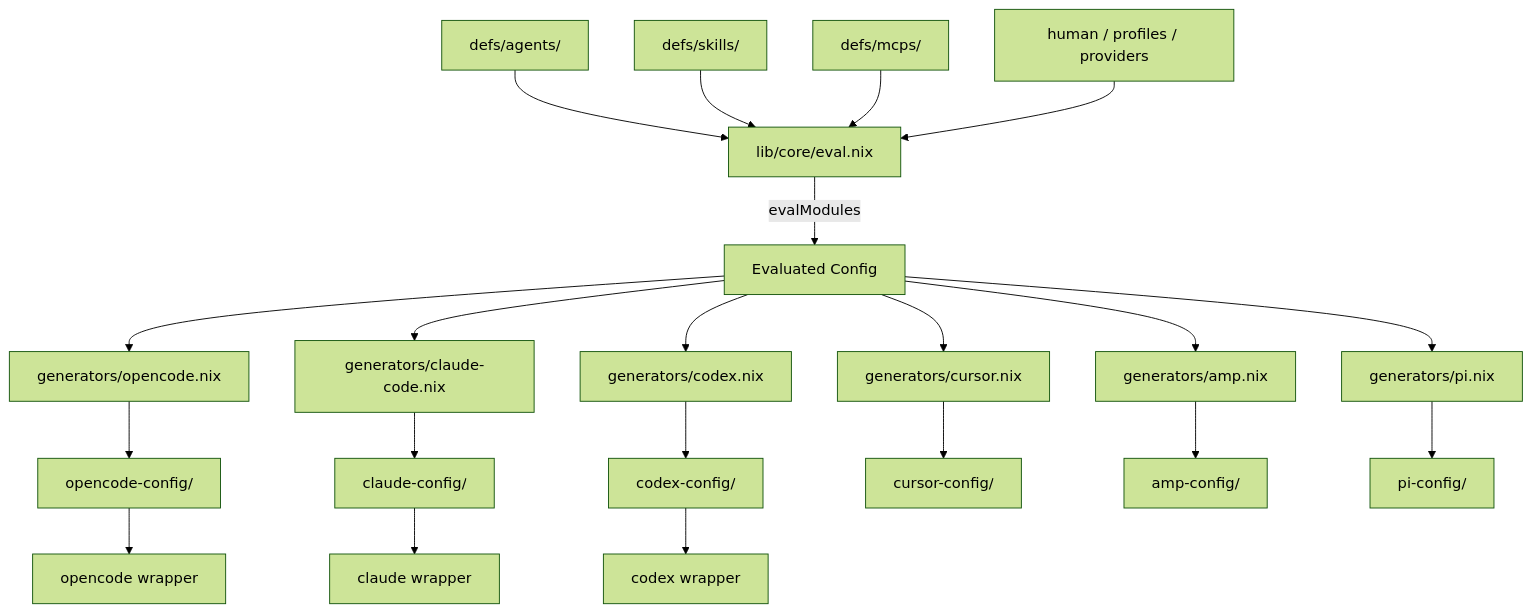
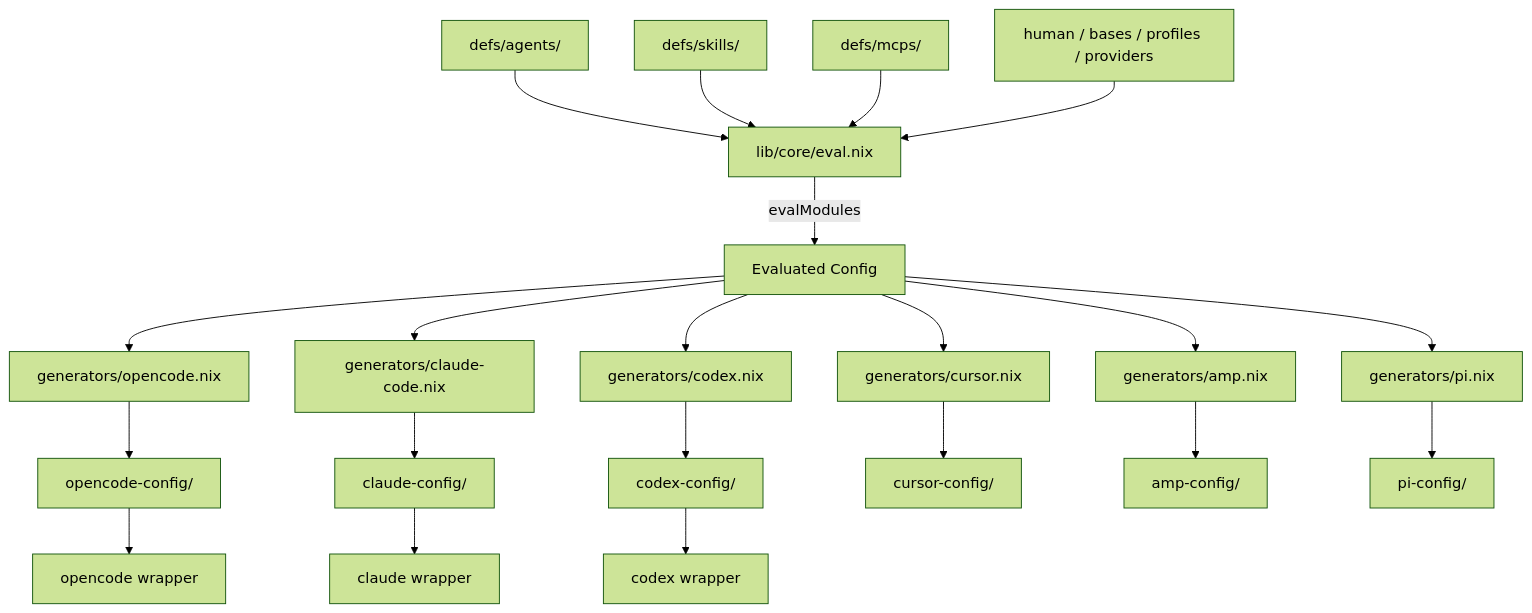
Before and after one commit to kirksw/nix-agents: the first of 2 diagrams in ARCHITECTURE.md, drawn with Mermaid (forest theme). The commit also changed other lines of this file and 55 other files, not shown here.

````diff
--- a/ARCHITECTURE.md
+++ b/ARCHITECTURE.md
@@ -7,23 +11,23 @@
 ```mermaid
 graph TD
     A[defs/agents/] --> E[lib/core/eval.nix]
     S[defs/skills/] --> E
     M[defs/mcps/] --> E
-    H[human / profiles / providers] --> E
+    H[human / bases / profiles / providers] --> E
     E --> |evalModules| C[Evaluated Config]
     C --> G1[generators/opencode.nix]
     C --> G2[generators/claude-code.nix]
     C --> G3[generators/codex.nix]
     C --> G4[generators/cursor.nix]
     C --> G5[generators/amp.nix]
     C --> G6[generators/pi.nix]
     G1 --> O1[opencode-config/]
     G2 --> O2[claude-config/]
     G3 --> O3[codex-config/]
     G4 --> O4[cursor-config/]
     G5 --> O5[amp-config/]
     G6 --> O6[pi-config/]
     O1 --> W1[opencode wrapper]
     O2 --> W2[claude wrapper]
     O3 --> W3[codex wrapper]
 ```
````
